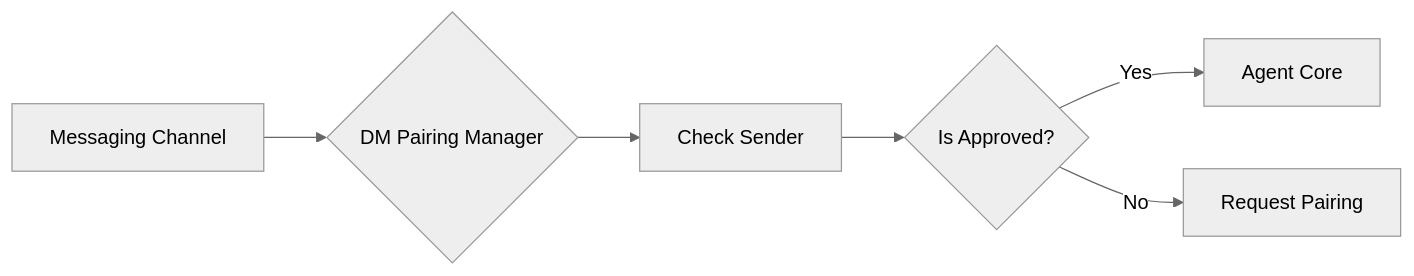
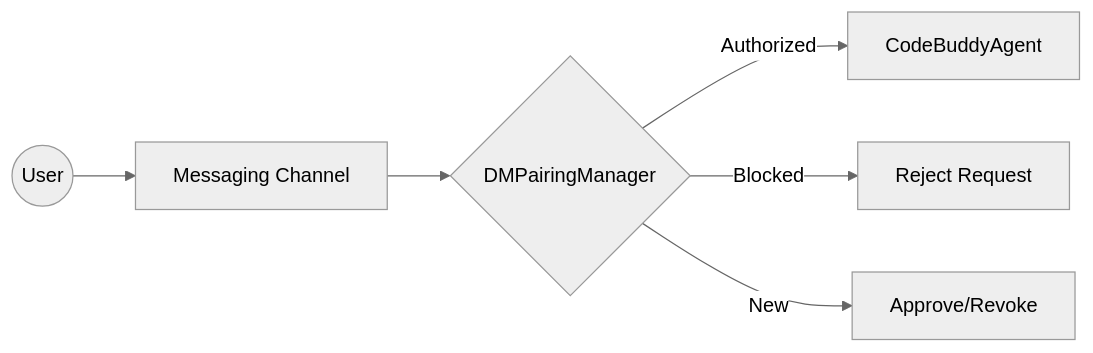
The diagram in .codebuddy/docs/3l-messaging-channel-integrations.md (Zeeeepa/code-buddy), drawn with Mermaid (neutral theme) before and after one commit. The commit also changed other lines of this file and 29 other files, not shown here.

````diff
--- a/.codebuddy/docs/3l-messaging-channel-integrations.md
+++ b/.codebuddy/docs/3l-messaging-channel-integrations.md
@@ -5,8 +15,8 @@
 ```mermaid
 graph LR
-    A[Messaging Channel] --> B{DM Pairing Manager}
-    B --> C[Check Sender]
-    C --> D{Is Approved?}
-    D -- Yes --> E[Agent Core]
-    D -- No --> F[Request Pairing]
+    User((User)) --> Channel[Messaging Channel]
+    Channel --> Pairing{DMPairingManager}
+    Pairing -- Authorized --> Agent[CodeBuddyAgent]
+    Pairing -- Blocked --> Reject[Reject Request]
+    Pairing -- New --> Handshake[Approve/Revoke]
 ```
````
